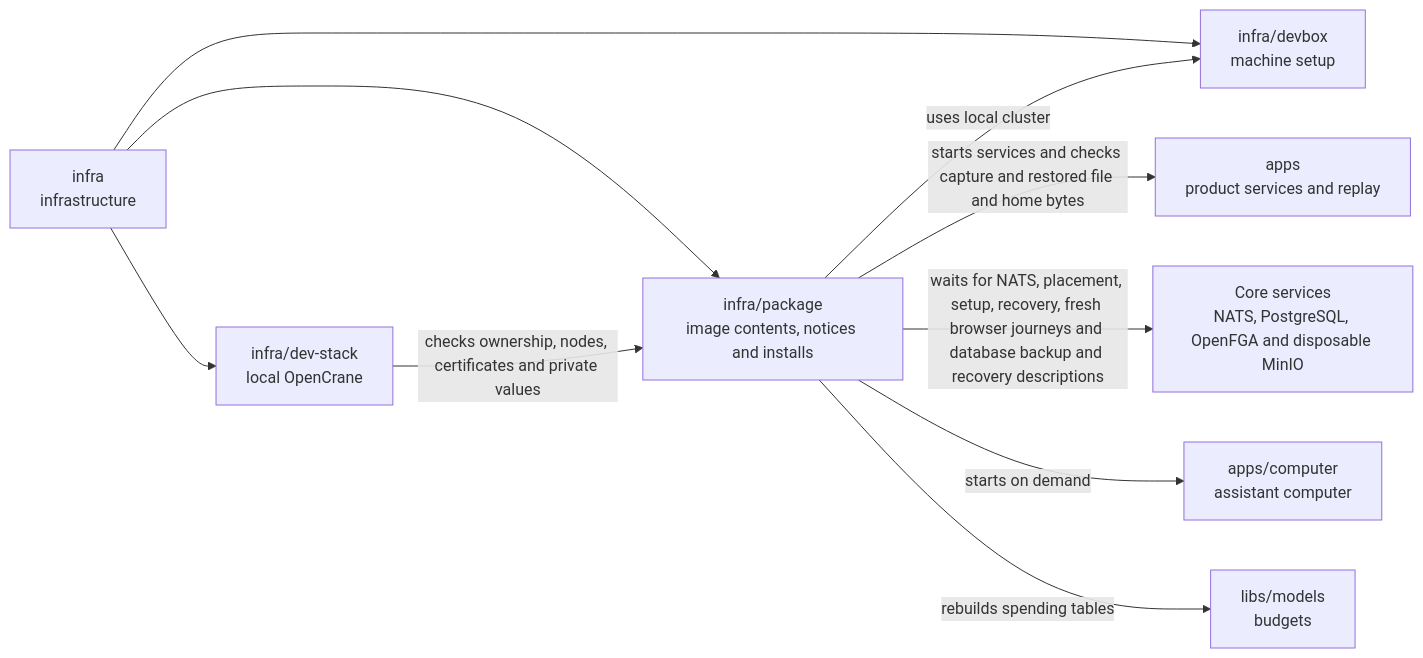
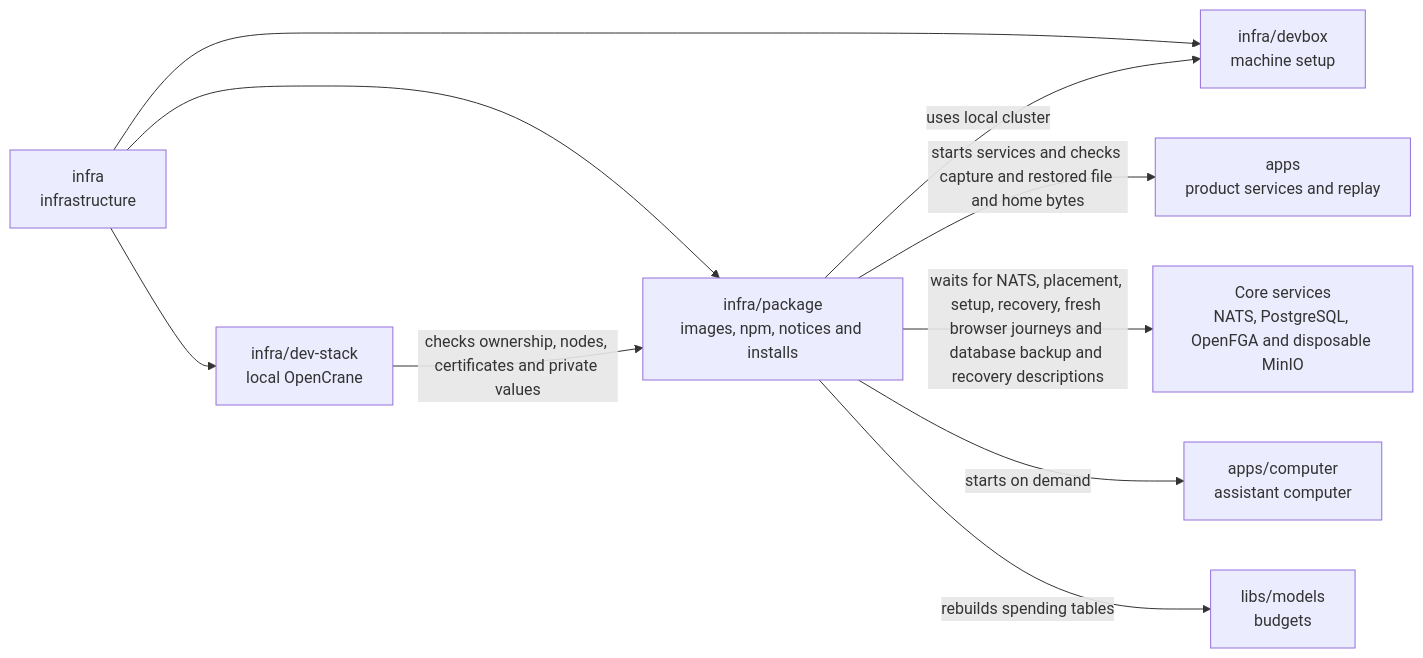
The diagram in infra/package/README.md (elewa-git/opencrane-new), drawn with Mermaid before and after one commit. The commit also changed other lines of this file and 9 other files, not shown here.

First line of the commit message:
📦 Image evidence: the npm files actually shipped in the candidate are recorded, and a missing tree is refused (#826)

````diff
--- a/infra/package/README.md
+++ b/infra/package/README.md
@@ -19,12 +19,12 @@
 ```mermaid
 flowchart LR
-  infra["infra<br/>infrastructure"] --> package["infra/package<br/>image contents, notices and installs"]
+  infra["infra<br/>infrastructure"] --> package["infra/package<br/>images, npm, notices and installs"]
   infra --> stack["infra/dev-stack<br/>local OpenCrane"]
   infra --> devbox["infra/devbox<br/>machine setup"]
   stack -->|checks ownership, nodes, certificates and private values| package
   package -->|uses local cluster| devbox
   package -->|starts services and checks capture and restored file and home bytes| apps["apps<br/>product services and replay"]
   package -->|waits for NATS, placement, setup, recovery, fresh browser journeys and database backup and recovery descriptions| services["Core services<br/>NATS, PostgreSQL, OpenFGA and disposable MinIO"]
   package -->|starts on demand| computer["apps/computer<br/>assistant computer"]
   package -->|rebuilds spending tables| models["libs/models<br/>budgets"]
 ```
````
